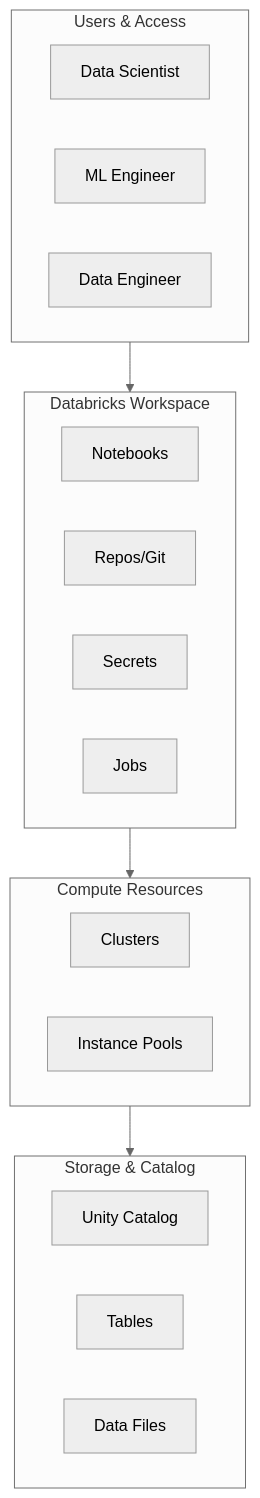
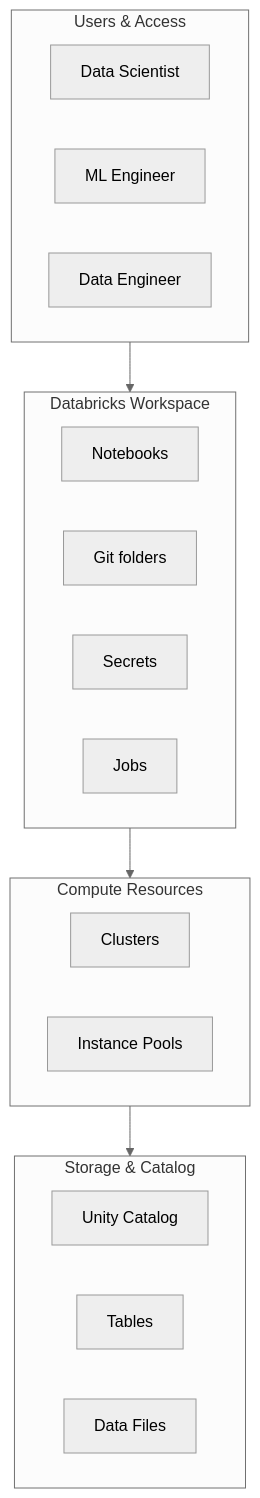
The first of 2 diagrams in certifications/ml-associate/01-databricks-machine-learning/01-databricks-ml-workspace.md (kengio/databricks-certification-study-guide), drawn with Mermaid (neutral theme) before and after one commit. The commit also changed other lines of this file and 50 other files, not shown here.

````diff
--- a/certifications/ml-associate/01-databricks-machine-learning/01-databricks-ml-workspace.md
+++ b/certifications/ml-associate/01-databricks-machine-learning/01-databricks-ml-workspace.md
@@ -19,30 +36,30 @@
 ```mermaid
 flowchart TB
     subgraph Users["Users & Access"]
         U1["Data Scientist"]
         U2["ML Engineer"]
         U3["Data Engineer"]
     end
 
     subgraph Workspace["Databricks Workspace"]
         NB["Notebooks"]
-        Repos["Repos/Git"]
+        Repos["Git folders"]
         Secrets["Secrets"]
         Jobs["Jobs"]
     end
 
     subgraph Compute["Compute Resources"]
         Clusters["Clusters"]
         Pools["Instance Pools"]
     end
 
     subgraph Storage["Storage & Catalog"]
         Unity["Unity Catalog"]
         Tables["Tables"]
         Data["Data Files"]
     end
 
     Users --> Workspace
     Workspace --> Compute
     Compute --> Storage
 ```
````
